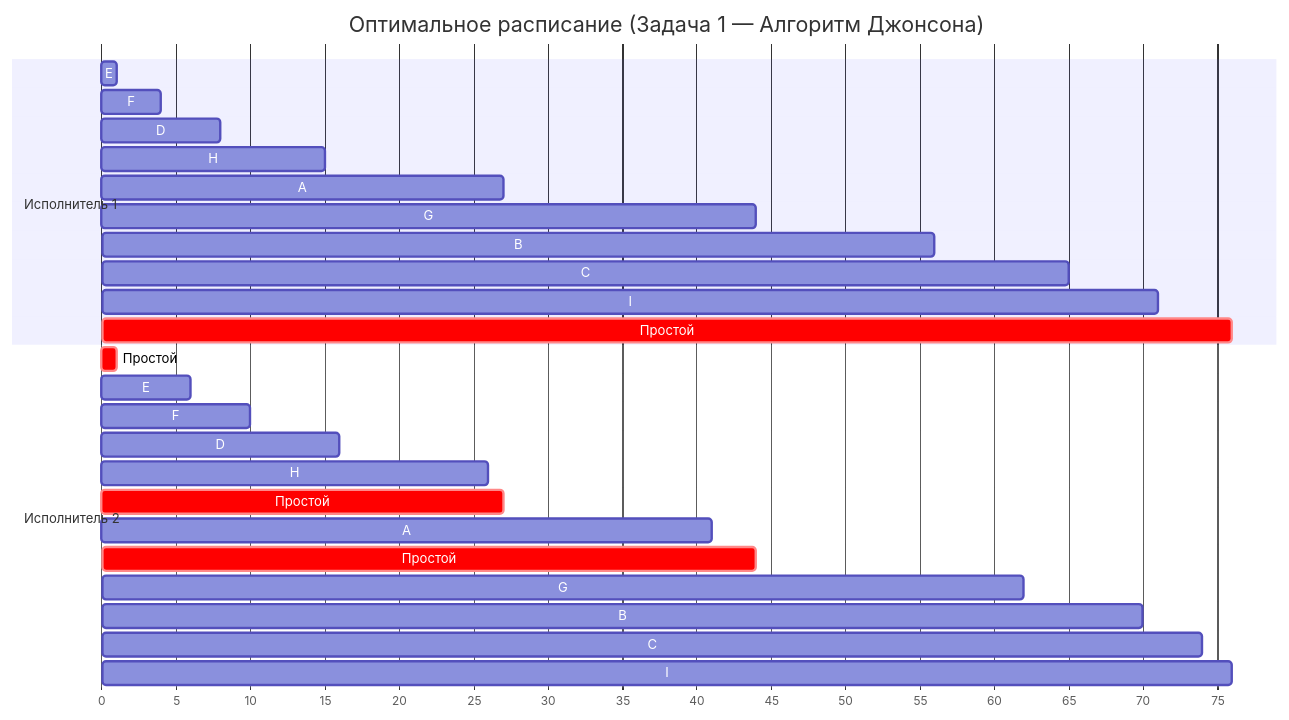
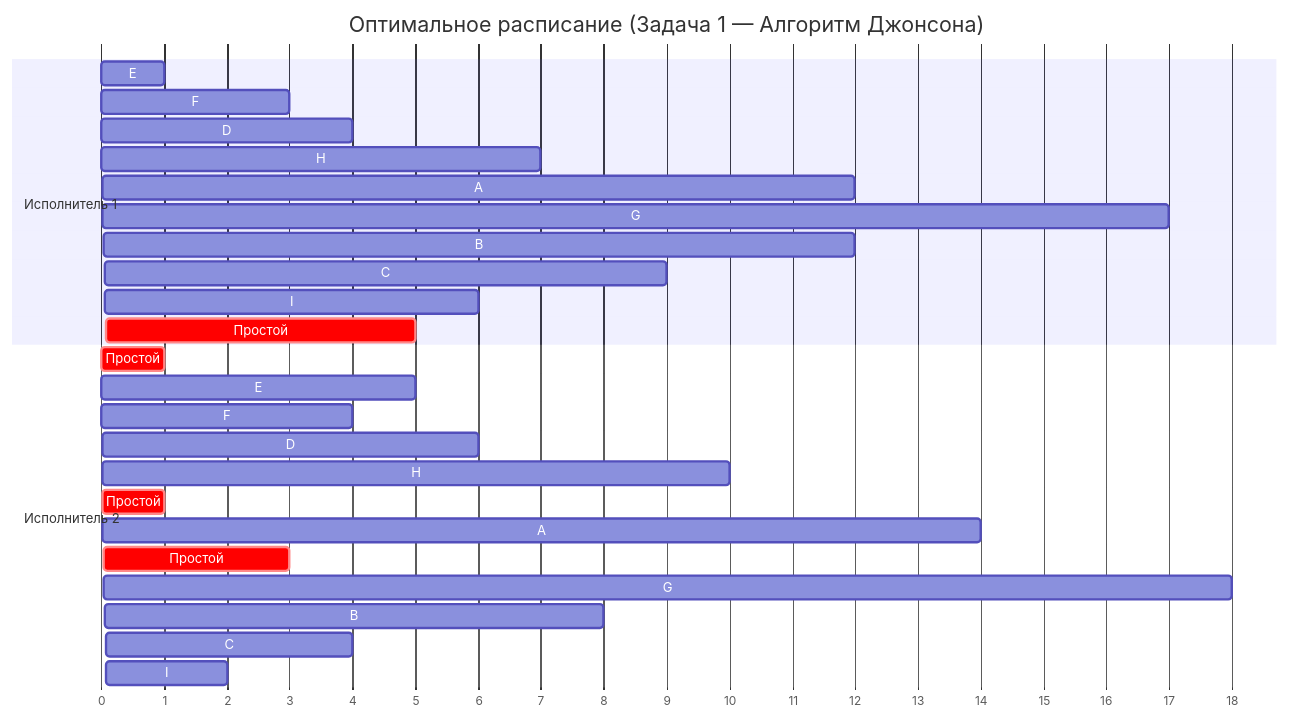
The diagram in Задание 8/default.md (hse-algo-ps-25-2/manual-tasks), drawn with Mermaid before and after one commit.

````diff
--- a/Задание 8/default.md
+++ b/Задание 8/default.md
@@ -1,32 +1,32 @@
 ```mermaid
 gantt
     title Оптимальное расписание (Задача 1 — Алгоритм Джонсона)
     dateFormat X
     axisFormat %s
 
     section Исполнитель 1
     E        :e1, 0, 1
-    F        :f1, 1, 4
-    D        :d1, 4, 8
-    H        :h1, 8, 15
-    A        :a1, 15, 27
-    G        :g1, 27, 44
-    B        :b1, 44, 56
-    C        :c1, 56, 65
-    I        :i1, 65, 71
-    Простой  :crit, p1, 71, 76
+    F        :f1, 1, 3
+    D        :d1, 4, 4
+    H        :h1, 8, 7
+    A        :a1, 15, 12
+    G        :g1, 27, 17
+    B        :b1, 44, 12
+    C        :c1, 56, 9
+    I        :i1, 65, 6
+    Простой  :crit, p1, 71, 5
 
     section Исполнитель 2
     Простой  :crit, p2_1, 0, 1
-    E        :e2, 1, 6
-    F        :f2, 6, 10
-    D        :d2, 10, 16
-    H        :h2, 16, 26
-    Простой  :crit, p2_2, 26, 27
-    A        :a2, 27, 41
-    Простой  :crit, p2_3, 41, 44
-    G        :g2, 44, 62
-    B        :b2, 62, 70
-    C        :c2, 70, 74
-    I        :i2, 74, 76
+    E        :e2, 1, 5
+    F        :f2, 6, 4
+    D        :d2, 10, 6
+    H        :h2, 16, 10
+    Простой  :crit, p2_2, 26, 1
+    A        :a2, 27, 14
+    Простой  :crit, p2_3, 41, 3
+    G        :g2, 44, 18
+    B        :b2, 62, 8
+    C        :c2, 70, 4
+    I        :i2, 74, 2
 ```
````
